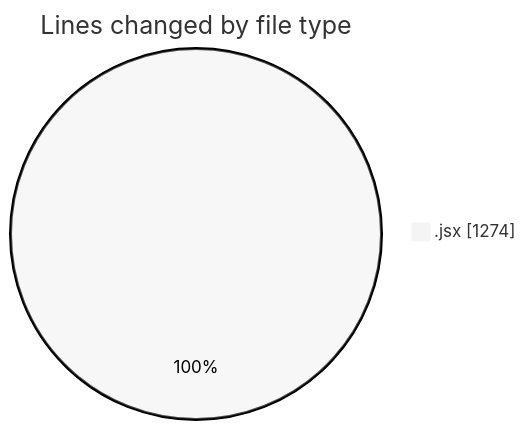
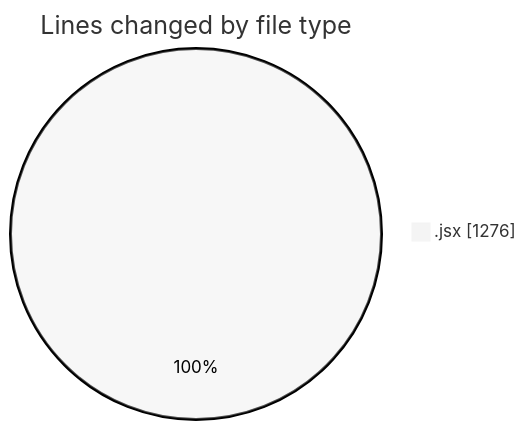
Before and after one commit to nxtqubesakshisongat/code-tracking: the first of 2 diagrams in 2025-11-19/nxtqube_webapp/README.md, drawn with Mermaid (neutral theme). The commit also changed other lines of this file and 1 other file, not shown here.

````diff
--- a/2025-11-19/nxtqube_webapp/README.md
+++ b/2025-11-19/nxtqube_webapp/README.md
@@ -20,5 +20,5 @@
 ```mermaid
 pie showData
 title Lines changed by file type
-".jsx" : 1274
+".jsx" : 1276
 ```
````
